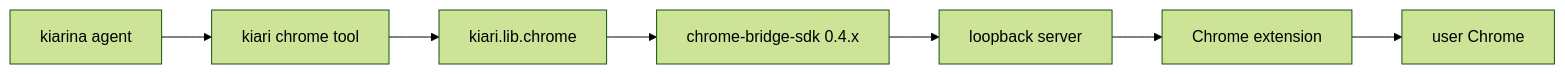
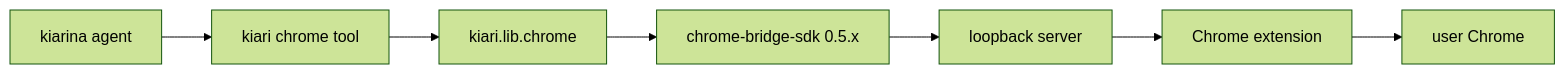
Before and after one commit to kiarina/kiari: the first of 2 diagrams in docs/concepts/chrome-tool-and-bridge.md, drawn with Mermaid (forest theme). The commit also changed other lines of this file and 5 other files, not shown here.

First line of the commit message:
chore(deps): take chrome-bridge-sdk 0.5 and kiarina 2.33.0

````diff
--- a/docs/concepts/chrome-tool-and-bridge.md
+++ b/docs/concepts/chrome-tool-and-bridge.md
@@ -12,9 +12,9 @@
 ```mermaid
 flowchart LR
     Agent["kiarina agent"] --> Tool["kiari chrome tool"]
     Tool --> Adapter["kiari.lib.chrome"]
-    Adapter --> SDK["chrome-bridge-sdk 0.4.x"]
+    Adapter --> SDK["chrome-bridge-sdk 0.5.x"]
     SDK --> Server["loopback server"]
     Server --> Extension["Chrome extension"]
     Extension --> Chrome["user Chrome"]
 ```
````
